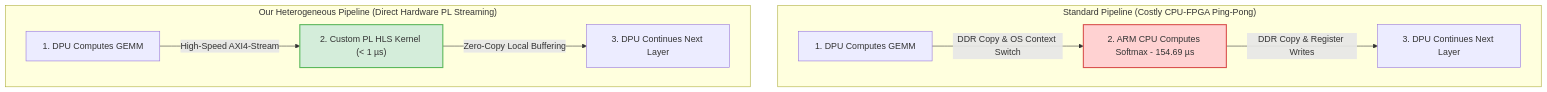
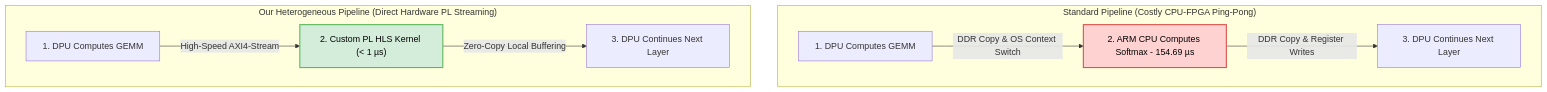
One commit to Bhavin-umatiya/Latency-Optimized-Heterogeneous-AI-Accelerator changed the diagram in README.md. Above: the diagram before and after it, drawn with Mermaid.

Commit message:
docs: fix Mermaid diagram text contrast by forcing black text color on light backgrounds

````diff
--- a/README.md
+++ b/README.md
@@ -25,15 +25,15 @@
 ```mermaid
 graph TD
     subgraph id1 ["Standard Pipeline (Costly CPU-FPGA Ping-Pong)"]
         dpu1[1. DPU Computes GEMM] -->|DDR Copy & OS Context Switch| cpu[2. ARM CPU Computes Softmax - 154.69 µs]
         cpu -->|DDR Copy & Register Writes| dpu2[3. DPU Continues Next Layer]
     end
 
     subgraph id2 ["Our Heterogeneous Pipeline (Direct Hardware PL Streaming)"]
         dpu_our[1. DPU Computes GEMM] -->|High-Speed AXI4-Stream| hls["2. Custom PL HLS Kernel (< 1 µs)"]
         hls -->|Zero-Copy Local Buffering| dpu_next[3. DPU Continues Next Layer]
     end
 
-    style cpu fill:#ffd2d2,stroke:#d9534f,stroke-width:2px
-    style hls fill:#d4edda,stroke:#5cb85c,stroke-width:2px
+    style cpu fill:#ffd2d2,stroke:#d9534f,stroke-width:2px,color:#000
+    style hls fill:#d4edda,stroke:#5cb85c,stroke-width:2px,color:#000
 ```
````
